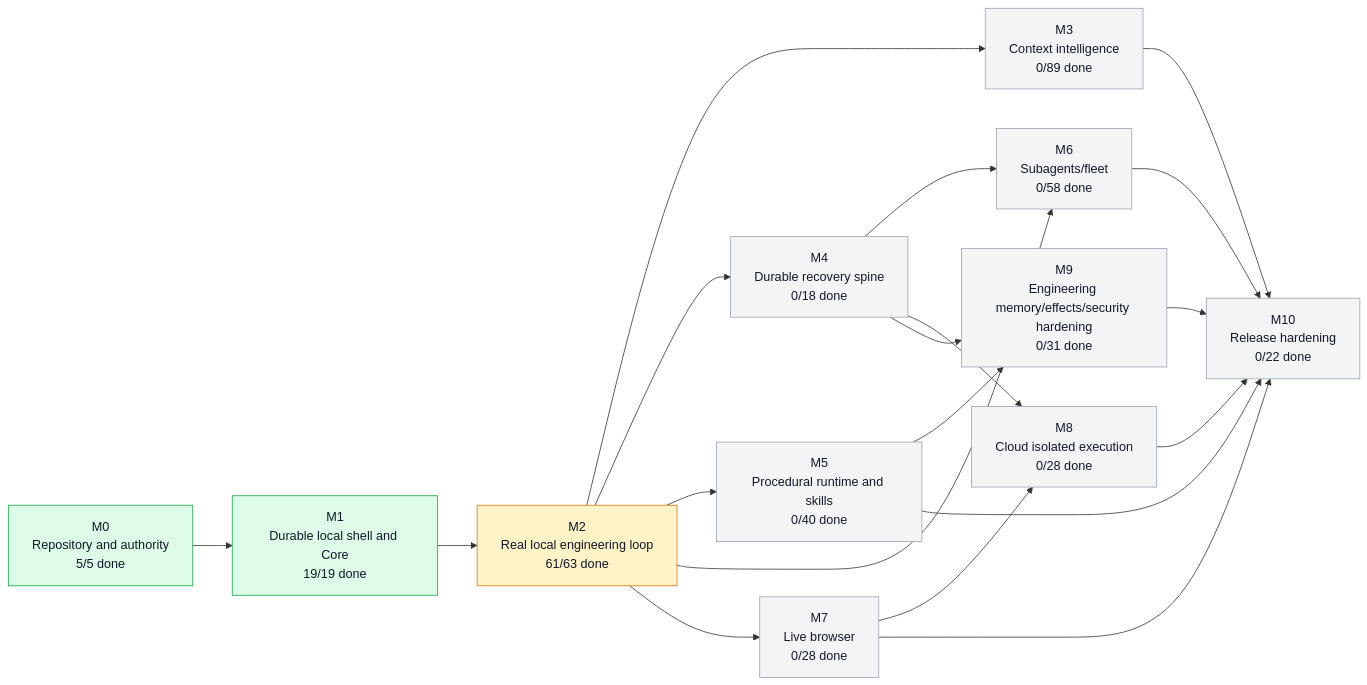
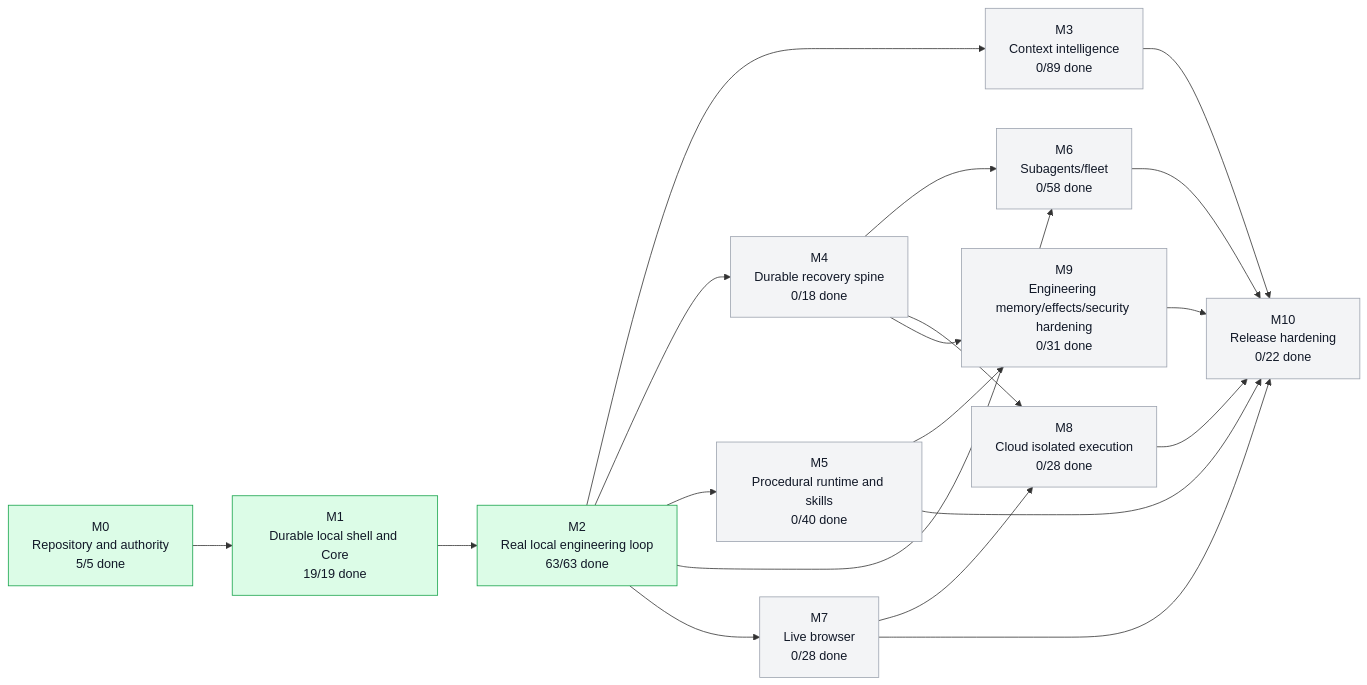
The first of 5 diagrams in graph/PROJECT_GRAPH.md (moss101/modbit), drawn with Mermaid before and after one commit. The commit also changed other lines of this file and 27 other files, not shown here.

````diff
--- a/graph/PROJECT_GRAPH.md
+++ b/graph/PROJECT_GRAPH.md
@@ -57,43 +57,43 @@
 ```mermaid
 flowchart LR
   M0["M0<br/>Repository and authority<br/>5/5 done"]
   M1["M1<br/>Durable local shell and Core<br/>19/19 done"]
-  M2["M2<br/>Real local engineering loop<br/>61/63 done"]
+  M2["M2<br/>Real local engineering loop<br/>63/63 done"]
   M3["M3<br/>Context intelligence<br/>0/89 done"]
   M4["M4<br/>Durable recovery spine<br/>0/18 done"]
   M5["M5<br/>Procedural runtime and skills<br/>0/40 done"]
   M6["M6<br/>Subagents/fleet<br/>0/58 done"]
   M7["M7<br/>Live browser<br/>0/28 done"]
   M8["M8<br/>Cloud isolated execution<br/>0/28 done"]
   M9["M9<br/>Engineering memory/effects/security hardening<br/>0/31 done"]
   M10["M10<br/>Release hardening<br/>0/22 done"]
   M0 --> M1
   M1 --> M2
   M2 --> M3
   M2 --> M4
   M2 --> M5
   M2 --> M6
   M4 --> M6
   M2 --> M7
   M4 --> M8
   M7 --> M8
   M4 --> M9
   M5 --> M9
   M3 --> M10
   M5 --> M10
   M6 --> M10
   M7 --> M10
   M8 --> M10
   M9 --> M10
   style M0 fill:#dcfce7,stroke:#16a34a,color:#111827
   style M1 fill:#dcfce7,stroke:#16a34a,color:#111827
-  style M2 fill:#fef3c7,stroke:#d97706,color:#111827
+  style M2 fill:#dcfce7,stroke:#16a34a,color:#111827
   style M3 fill:#f3f4f6,stroke:#9ca3af,color:#111827
   style M4 fill:#f3f4f6,stroke:#9ca3af,color:#111827
   style M5 fill:#f3f4f6,stroke:#9ca3af,color:#111827
   style M6 fill:#f3f4f6,stroke:#9ca3af,color:#111827
   style M7 fill:#f3f4f6,stroke:#9ca3af,color:#111827
   style M8 fill:#f3f4f6,stroke:#9ca3af,color:#111827
   style M9 fill:#f3f4f6,stroke:#9ca3af,color:#111827
   style M10 fill:#f3f4f6,stroke:#9ca3af,color:#111827
 ```
````
